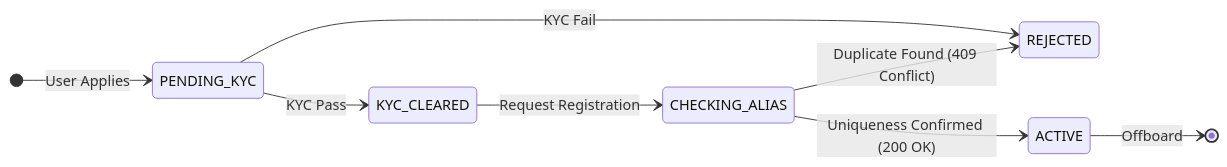
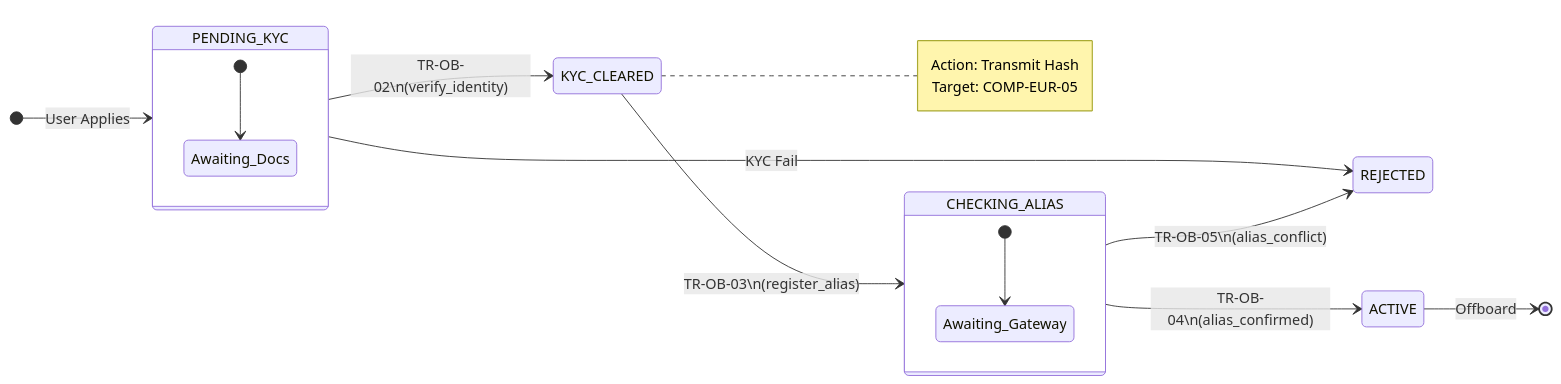
One commit to nnworkspace/elan changed the diagram in 40-specifications/onboarding/onboarding-functional-spec.md. Above: the diagram before and after it, drawn with Mermaid. The commit also changed other lines of this file and 12 other files, not shown here.

````diff
--- a/40-specifications/onboarding/onboarding-functional-spec.md
+++ b/40-specifications/onboarding/onboarding-functional-spec.md
@@ -48,15 +48,33 @@
 ```mermaid
 stateDiagram-v2
     direction LR
     
+    %% Initial Application
     [*] --> PENDING_KYC : User Applies
+    
+    %% KYC Phase (Zone A)
+    state PENDING_KYC {
+        [*] --> Awaiting_Docs
+    }
+    
     PENDING_KYC --> REJECTED : KYC Fail
-    PENDING_KYC --> KYC_CLEARED : KYC Pass
+    PENDING_KYC --> KYC_CLEARED : TR-OB-02\n(verify_identity)
     
-    KYC_CLEARED --> CHECKING_ALIAS : Request Registration
+    %% Registration Phase (Crossing Zone A -> Zone B)
+    KYC_CLEARED --> CHECKING_ALIAS : TR-OB-03\n(register_alias)
+    note right of KYC_CLEARED
+        Action: Transmit Hash
+        Target: COMP-EUR-05
+    end note
     
-    CHECKING_ALIAS --> ACTIVE : Uniqueness Confirmed (200 OK)
-    CHECKING_ALIAS --> REJECTED : Duplicate Found (409 Conflict)
+    %% Resolution Phase (Zone B Response)
+    state CHECKING_ALIAS {
+        [*] --> Awaiting_Gateway
+    }
     
+    CHECKING_ALIAS --> ACTIVE : TR-OB-04\n(alias_confirmed)
+    CHECKING_ALIAS --> REJECTED : TR-OB-05\n(alias_conflict)
+    
+    %% Final State
     ACTIVE --> [*] : Offboard
 ```
````
